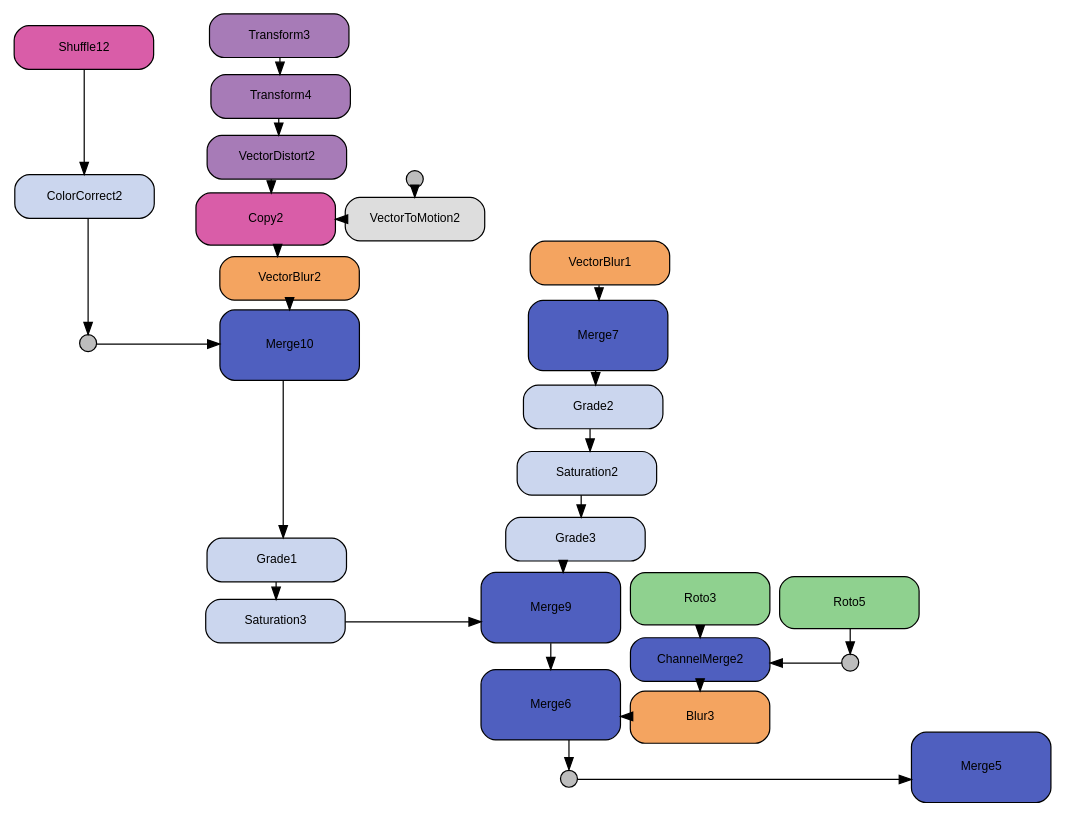
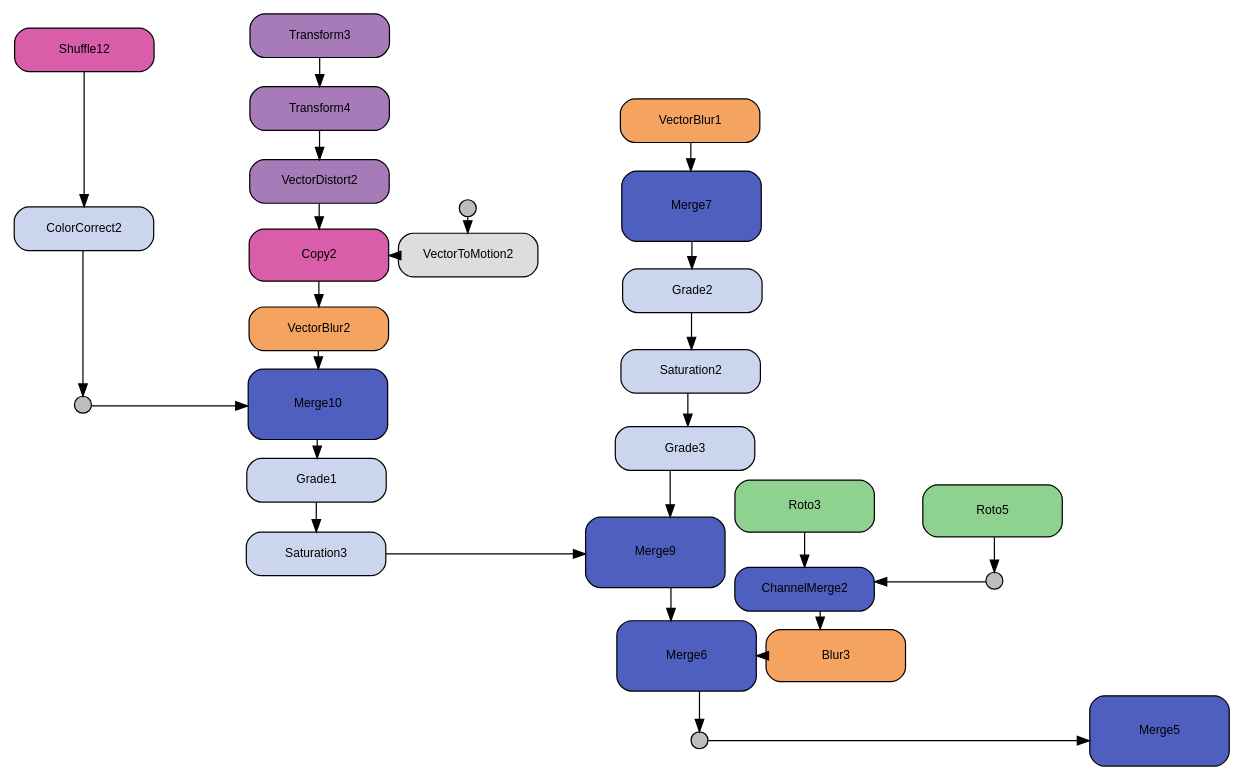
The diagram in LGA_Arrange_Prep/out/testGraph_v07.graph.arranged.dot (legandrop/LGA_ToolPack_Layout-for_Nuke), drawn with Graphviz before and after one commit. The commit also changed 12 other files, not shown here.

```diff
--- a/LGA_Arrange_Prep/out/testGraph_v07.graph.arranged.dot
+++ b/LGA_Arrange_Prep/out/testGraph_v07.graph.arranged.dot
@@ -1,57 +1,57 @@
 digraph testGraph_v07_graph_after {
   graph [layout=neato, splines=ortho, overlap=false];
   node [fontname="Helvetica", fontsize=10, fixedsize=true, width=1.6, height=0.5];
-  Roto3 [shape=box, style="rounded,filled", fillcolor="#8fd18f", pos="63.55,-28.40000000000001!", height="0.6", width="1.6" ];
-  Roto5 [shape=box, style="rounded,filled", fillcolor="#8fd18f", pos="72.9,-28.1!", height="0.6", width="1.6" ];
-  Dot12 [shape=circle, style=filled, fillcolor="#bdbdbd", label="", pos="72.9,-31.600000000000005!", height="0.2", width="0.2" ];
-  ChannelMerge2 [shape=box, style="rounded,filled", fillcolor="#4f5fbf", pos="63.55,-31.600000000000005!", height="0.5", width="1.6" ];
+  Roto3 [shape=box, style="rounded,filled", fillcolor="#8fd18f", pos="63.55,-27.028571428571432!", height="0.6", width="1.6" ];
+  Roto5 [shape=box, style="rounded,filled", fillcolor="#8fd18f", pos="72.9,-26.728571428571424!", height="0.6", width="1.6" ];
+  Dot12 [shape=circle, style=filled, fillcolor="#bdbdbd", label="", pos="72.9,-30.228571428571428!", height="0.2", width="0.2" ];
+  ChannelMerge2 [shape=box, style="rounded,filled", fillcolor="#4f5fbf", pos="63.55,-30.228571428571428!", height="0.5", width="1.6" ];
   Blur3 [shape=box, style="rounded,filled", fillcolor="#f4a460", pos="63.55,-33.42857142857142!", height="0.6", width="1.6" ];
-  Shuffle12 [shape=box, style="rounded,filled", fillcolor="#d95da8", pos="27.05,6.521428571428574!", height="0.5", width="1.6" ];
-  ColorCorrect2 [shape=box, style="rounded,filled", fillcolor="#cbd6ee", pos="27.05,-2.6535714285714267!", height="0.5", width="1.6" ];
-  Dot10 [shape=circle, style=filled, fillcolor="#bdbdbd", label="", pos="27.05,-11.678571428571427!", height="0.2", width="0.2" ];
-  Dot14 [shape=circle, style=filled, fillcolor="#bdbdbd", label="", pos="46.65,-1.607142857142855!", height="0.2", width="0.2" ];
-  VectorToMotion2 [shape=box, style="rounded,filled", fillcolor="#dddddd", pos="46.65,-4.007142857142856!", height="0.5", width="1.6" ];
-  Transform3 [shape=box, style="rounded,filled", fillcolor="#a77bb7", pos="39.1,7.25!", height="0.5", width="1.6" ];
-  Transform4 [shape=box, style="rounded,filled", fillcolor="#a77bb7", pos="39.1,3.5142857142857147!", height="0.5", width="1.6" ];
-  VectorDistort2 [shape=box, style="rounded,filled", fillcolor="#a77bb7", pos="39.1,-0.22142857142857064!", height="0.5", width="1.6" ];
-  Copy2 [shape=box, style="rounded,filled", fillcolor="#d95da8", pos="39.1,-4.007142857142856!", height="0.6", width="1.6" ];
-  VectorBlur2 [shape=box, style="rounded,filled", fillcolor="#f4a460", pos="39.1,-7.792857142857141!", height="0.5", width="1.6" ];
-  Merge10 [shape=box, style="rounded,filled", fillcolor="#4f5fbf", pos="39.1,-11.678571428571427!", height="0.8", width="1.6" ];
+  Shuffle12 [shape=box, style="rounded,filled", fillcolor="#d95da8", pos="27.05,-2.9857142857142787!", height="0.5", width="1.6" ];
+  ColorCorrect2 [shape=box, style="rounded,filled", fillcolor="#cbd6ee", pos="27.05,-12.16071428571428!", height="0.5", width="1.6" ];
+  Dot10 [shape=circle, style=filled, fillcolor="#bdbdbd", label="", pos="27.05,-21.18571428571428!", height="0.2", width="0.2" ];
+  Dot14 [shape=circle, style=filled, fillcolor="#bdbdbd", label="", pos="46.65,-11.114285714285707!", height="0.2", width="0.2" ];
+  VectorToMotion2 [shape=box, style="rounded,filled", fillcolor="#dddddd", pos="46.65,-13.514285714285709!", height="0.5", width="1.6" ];
+  Transform3 [shape=box, style="rounded,filled", fillcolor="#a77bb7", pos="39.1,-2.2571428571428527!", height="0.5", width="1.6" ];
+  Transform4 [shape=box, style="rounded,filled", fillcolor="#a77bb7", pos="39.1,-5.992857142857138!", height="0.5", width="1.6" ];
+  VectorDistort2 [shape=box, style="rounded,filled", fillcolor="#a77bb7", pos="39.1,-9.728571428571424!", height="0.5", width="1.6" ];
+  Copy2 [shape=box, style="rounded,filled", fillcolor="#d95da8", pos="39.1,-13.514285714285709!", height="0.6", width="1.6" ];
+  VectorBlur2 [shape=box, style="rounded,filled", fillcolor="#f4a460", pos="39.1,-17.299999999999994!", height="0.5", width="1.6" ];
+  Merge10 [shape=box, style="rounded,filled", fillcolor="#4f5fbf", pos="39.1,-21.18571428571428!", height="0.8", width="1.6" ];
   Grade1 [shape=box, style="rounded,filled", fillcolor="#cbd6ee", pos="39.1,-25.071428571428566!", height="0.5", width="1.6" ];
   Saturation3 [shape=box, style="rounded,filled", fillcolor="#cbd6ee", pos="39.1,-28.80714285714285!", height="0.5", width="1.6" ];
   VectorBlur1 [shape=box, style="rounded,filled", fillcolor="#f4a460", pos="58.05,-6.75!", height="0.5", width="1.6" ];
   Merge7 [shape=box, style="rounded,filled", fillcolor="#4f5fbf", pos="58.05,-11.221428571428572!", height="0.8", width="1.6" ];
   Grade2 [shape=box, style="rounded,filled", fillcolor="#cbd6ee", pos="58.05,-15.692857142857143!", height="0.5", width="1.6" ];
   Saturation2 [shape=box, style="rounded,filled", fillcolor="#cbd6ee", pos="58.05,-20.014285714285712!", height="0.5", width="1.6" ];
   Grade3 [shape=box, style="rounded,filled", fillcolor="#cbd6ee", pos="58.05,-24.335714285714282!", height="0.5", width="1.6" ];
   Merge9 [shape=box, style="rounded,filled", fillcolor="#4f5fbf", pos="58.05,-28.80714285714285!", height="0.8", width="1.6" ];
   Merge6 [shape=box, style="rounded,filled", fillcolor="#4f5fbf", pos="58.05,-33.42857142857142!", height="0.8", width="1.6" ];
   Dot8 [shape=circle, style=filled, fillcolor="#bdbdbd", label="", pos="58.05,-37.75!", height="0.2", width="0.2" ];
   Merge5 [shape=box, style="rounded,filled", fillcolor="#4f5fbf", pos="81.15,-37.75!", height="0.8", width="1.6" ];
   Roto5 -> Dot12;
   Roto3 -> ChannelMerge2;
   Dot12 -> ChannelMerge2;
   ChannelMerge2 -> Blur3;
   Shuffle12 -> ColorCorrect2;
   ColorCorrect2 -> Dot10;
   Dot14 -> VectorToMotion2;
   Transform3 -> Transform4;
   Transform4 -> VectorDistort2;
   VectorToMotion2 -> Copy2;
   VectorDistort2 -> Copy2;
   Copy2 -> VectorBlur2;
   Dot10 -> Merge10;
   VectorBlur2 -> Merge10;
   Merge10 -> Grade1;
   Grade1 -> Saturation3;
   VectorBlur1 -> Merge7;
   Merge7 -> Grade2;
   Grade2 -> Saturation2;
   Saturation2 -> Grade3;
   Saturation3 -> Merge9;
   Grade3 -> Merge9;
   Blur3 -> Merge6;
   Merge9 -> Merge6;
   Merge6 -> Dot8;
   Dot8 -> Merge5;
 }
```
